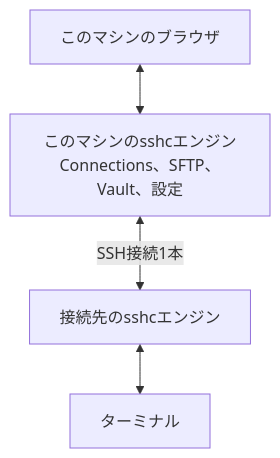
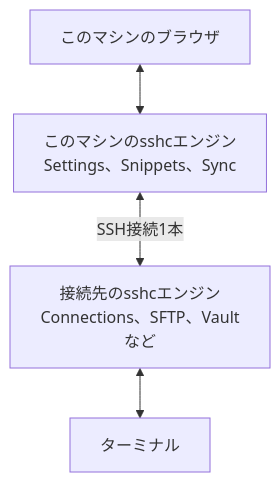
The diagram in pages/features/remote-session.md (aida0710/sshc), drawn with Mermaid before and after one commit. The commit also changed other lines of this file and 2 other files, not shown here.

Commit message:
test: リモートセッションのターミナルから開く SFTP が、そのセッションの sshc エンジンのものかを確かめる。文書の古い記述を直す (#864)
- e2e: bastion を選び、bastion にだけある接続名のセッションで［現在のフォルダをSFTPで開く］を押すと、要求が bastion の SFTP へ行き、このマシンの SFTP へは行かない
- remote-session.md（日英）: パスのプレビューと［現在のフォルダをSFTPで開く］の条件（このマシンに同じ接続名があるときだけ）を、今の動きに直す。しくみの説明と図も、取り次ぐのがターミナルだけではない形に直す

````diff
--- a/pages/features/remote-session.md
+++ b/pages/features/remote-session.md
@@ -140,6 +140,6 @@
 ```mermaid
 flowchart TD
-  browser["このマシンのブラウザ"] <--> local["このマシンのsshcエンジン<br/>Connections、SFTP、Vault、設定"]
-  local <-- "SSH接続1本" --> remote["接続先のsshcエンジン"]
+  browser["このマシンのブラウザ"] <--> local["このマシンのsshcエンジン<br/>Settings、Snippets、Sync"]
+  local <-- "SSH接続1本" --> remote["接続先のsshcエンジン<br/>Connections、SFTP、Vaultなど"]
   remote <--> shell["ターミナル"]
 ```
````
